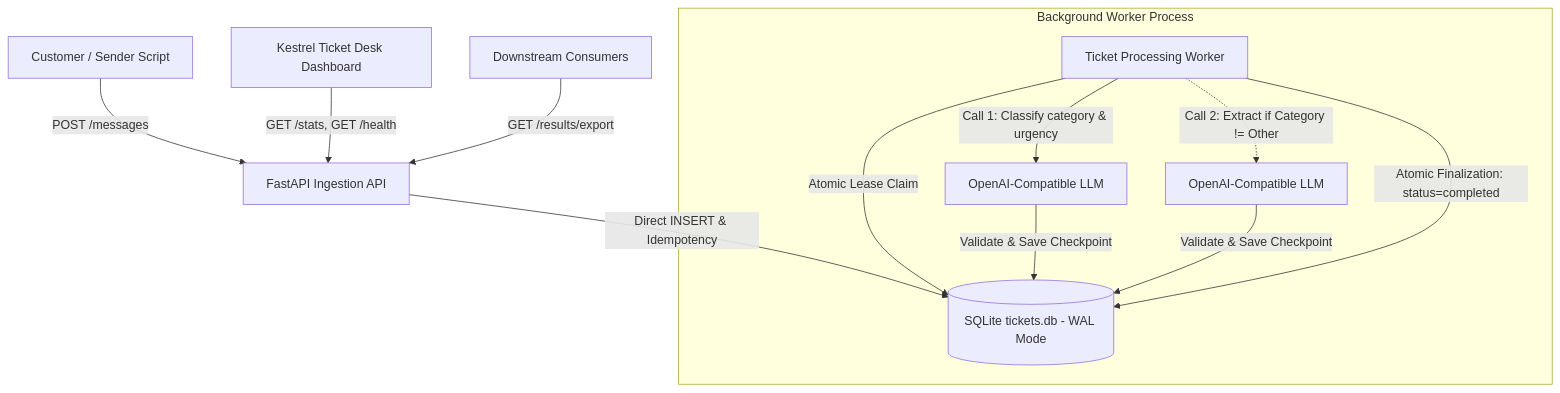
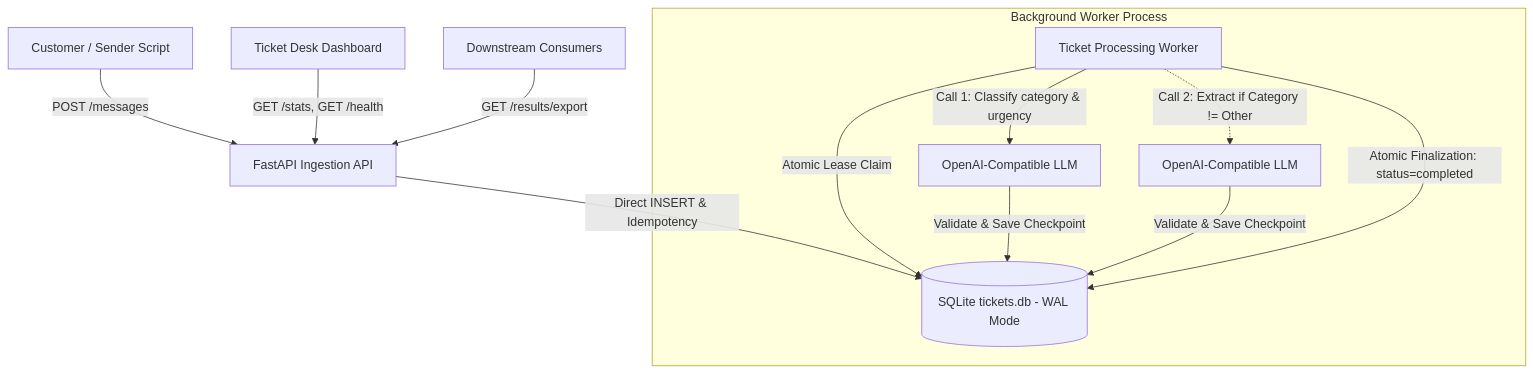
One commit to Pradeesh1108/ascentium-task changed the diagram in README.md. Above: the diagram before and after it, drawn with Mermaid. The commit also changed other lines of this file and 6 other files, not shown here.

````diff
--- a/README.md
+++ b/README.md
@@ -11,17 +11,17 @@
 ```mermaid
 flowchart TD
     Sender[Customer / Sender Script] -->|POST /messages| API[FastAPI Ingestion API]
     API -->|Direct INSERT & Idempotency| DB[(SQLite tickets.db - WAL Mode)]
     
     subgraph Background Worker Process
         Worker[Ticket Processing Worker] -->|Atomic Lease Claim| DB
         Worker -->|Call 1: Classify category & urgency| LLM1[OpenAI-Compatible LLM]
         LLM1 -->|Validate & Save Checkpoint| DB
         Worker -.->|Call 2: Extract if Category != Other| LLM2[OpenAI-Compatible LLM]
         LLM2 -->|Validate & Save Checkpoint| DB
         Worker -->|Atomic Finalization: status=completed| DB
     end
 
-    Dashboard[Kestrel Ticket Desk Dashboard] -->|GET /stats, GET /health| API
+    Dashboard[Ticket Desk Dashboard] -->|GET /stats, GET /health| API
     Analytics[Downstream Consumers] -->|GET /results/export| API
 ```
````
